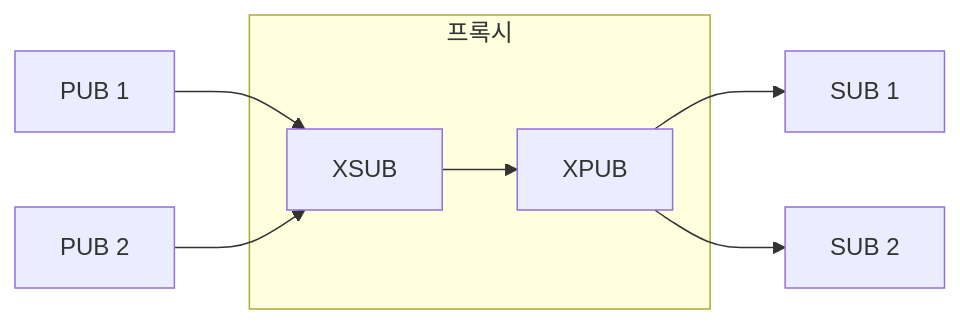
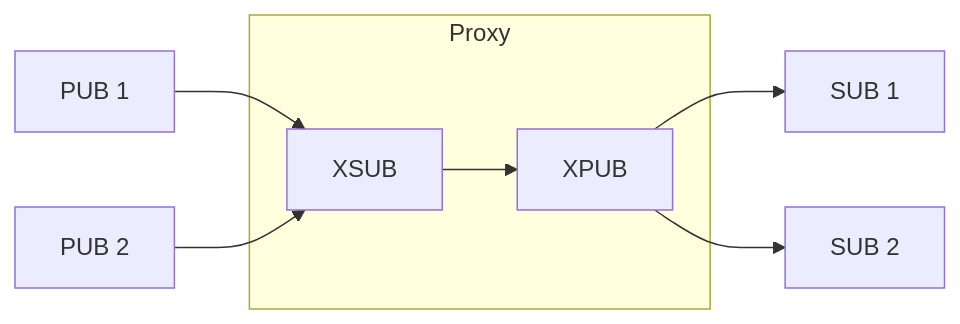
One commit to kairos-code-dev/zlink changed the third of 3 diagrams in doc/guide/03-6-proxy.ko.md. Above: the diagram before and after it, drawn with Mermaid. The commit also changed other lines of this file and 53 other files, not shown here.

````diff
--- a/doc/guide/03-6-proxy.ko.md
+++ b/doc/guide/03-6-proxy.ko.md
@@ -173,10 +173,10 @@
 ```mermaid
 flowchart LR
     P1[PUB 1] --> XSUB
     P2[PUB 2] --> XSUB
-    subgraph 프록시
+    subgraph Proxy
         XSUB --> XPUB
     end
     XPUB --> S1[SUB 1]
     XPUB --> S2[SUB 2]
 ```
````
